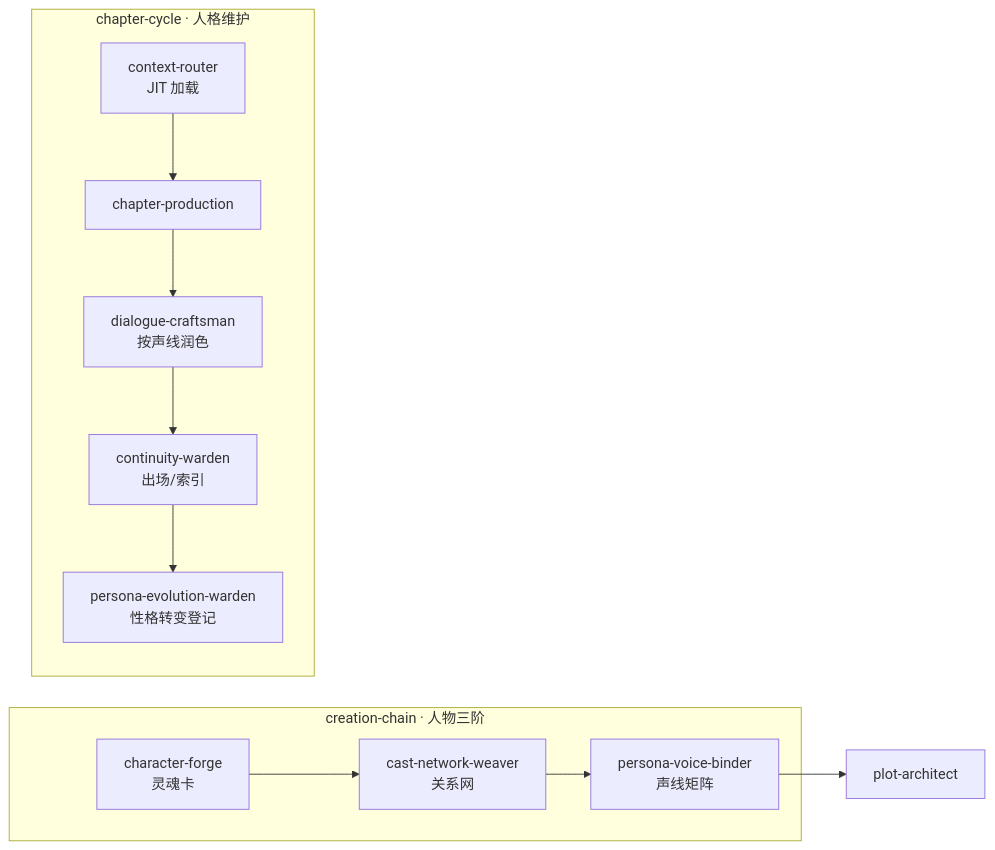
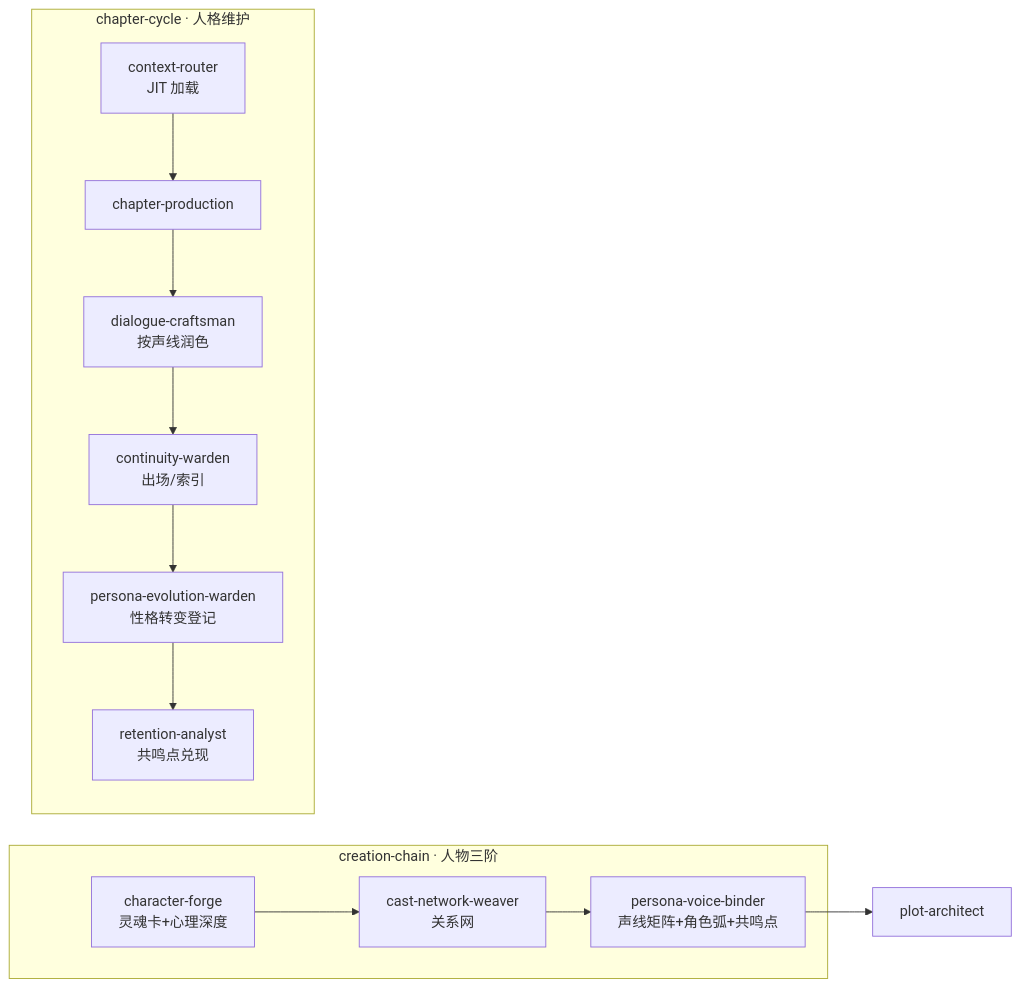
The diagram in skills/guides/character-persona-chain.md (cylqaq/xs), drawn with Mermaid before and after one commit. The commit also changed other lines of this file and 22 other files, not shown here.

````diff
--- a/skills/guides/character-persona-chain.md
+++ b/skills/guides/character-persona-chain.md
@@ -8,17 +9,18 @@
 ```mermaid
 flowchart LR
   subgraph CREATE["creation-chain · 人物三阶"]
-    CF[character-forge\n灵魂卡]
+    CF[character-forge\n灵魂卡+心理深度]
     CN[cast-network-weaver\n关系网]
-    PV[persona-voice-binder\n声线矩阵]
+    PV[persona-voice-binder\n声线矩阵+角色弧+共鸣点]
   end
   subgraph DRAFT["chapter-cycle · 人格维护"]
     CR[context-router\nJIT 加载]
     CP[chapter-production]
     DC[dialogue-craftsman\n按声线润色]
     CW[continuity-warden\n出场/索引]
     PE[persona-evolution-warden\n性格转变登记]
+    RA[retention-analyst\n共鸣点兑现]
   end
   CF --> CN --> PV --> plot-architect
-  CR --> CP --> DC --> CW --> PE
+  CR --> CP --> DC --> CW --> PE --> RA
 ```
````
